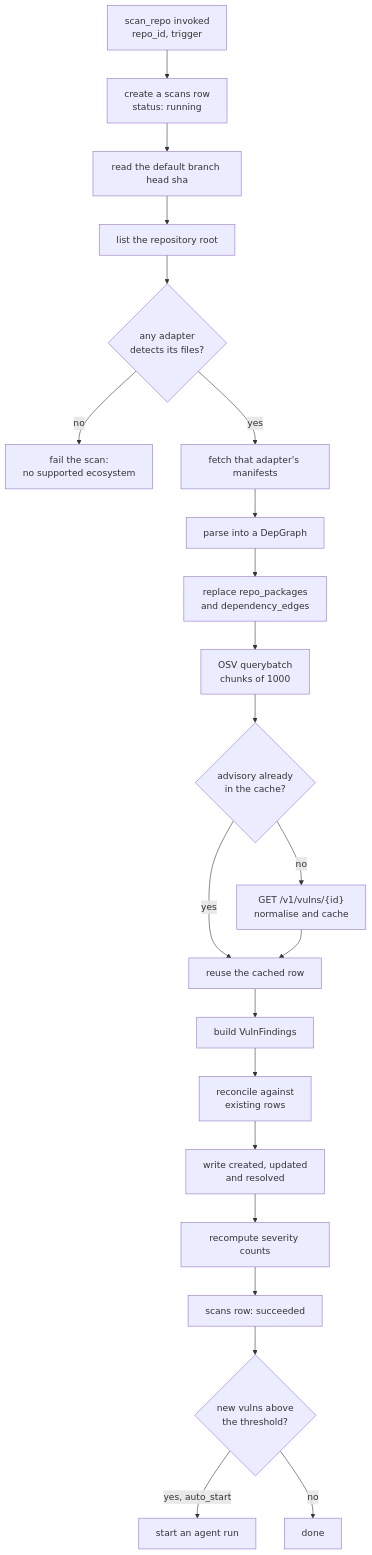
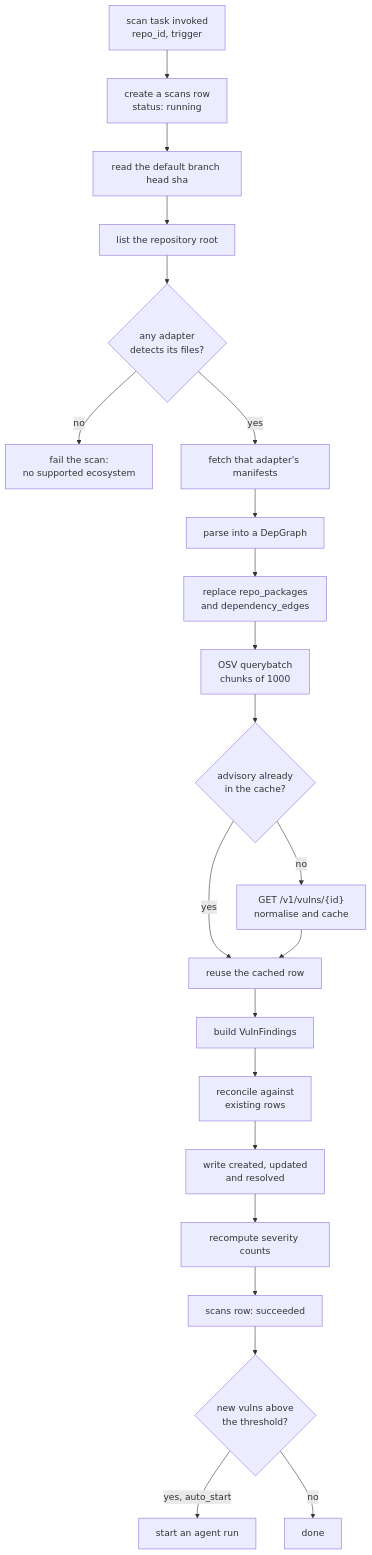
Before and after one commit to PranavViswanathan/Hydra: the first of 3 diagrams in docs/scanning.md, drawn with Mermaid. The commit also changed 36 other files, not shown here.

````diff
--- a/docs/scanning.md
+++ b/docs/scanning.md
@@ -19,24 +19,24 @@
 ```mermaid
 flowchart TD
-    A["scan_repo invoked<br/>repo_id, trigger"] --> B["create a scans row<br/>status: running"]
+    A["scan task invoked<br/>repo_id, trigger"] --> B["create a scans row<br/>status: running"]
     B --> C["read the default branch head sha"]
     C --> D["list the repository root"]
     D --> E{"any adapter<br/>detects its files?"}
     E -->|no| F["fail the scan:<br/>no supported ecosystem"]
     E -->|yes| G["fetch that adapter's manifests"]
     G --> H["parse into a DepGraph"]
     H --> I["replace repo_packages<br/>and dependency_edges"]
     I --> J["OSV querybatch<br/>chunks of 1000"]
     J --> K{"advisory already<br/>in the cache?"}
     K -->|yes| M["reuse the cached row"]
     K -->|no| L["GET /v1/vulns/{id}<br/>normalise and cache"]
     L --> M
     M --> N["build VulnFindings"]
     N --> O["reconcile against<br/>existing rows"]
     O --> P["write created, updated<br/>and resolved"]
     P --> Q["recompute severity counts"]
     Q --> R["scans row: succeeded"]
     R --> S{"new vulns above<br/>the threshold?"}
     S -->|yes, auto_start| T["start an agent run"]
     S -->|no| U["done"]
 ```
````
